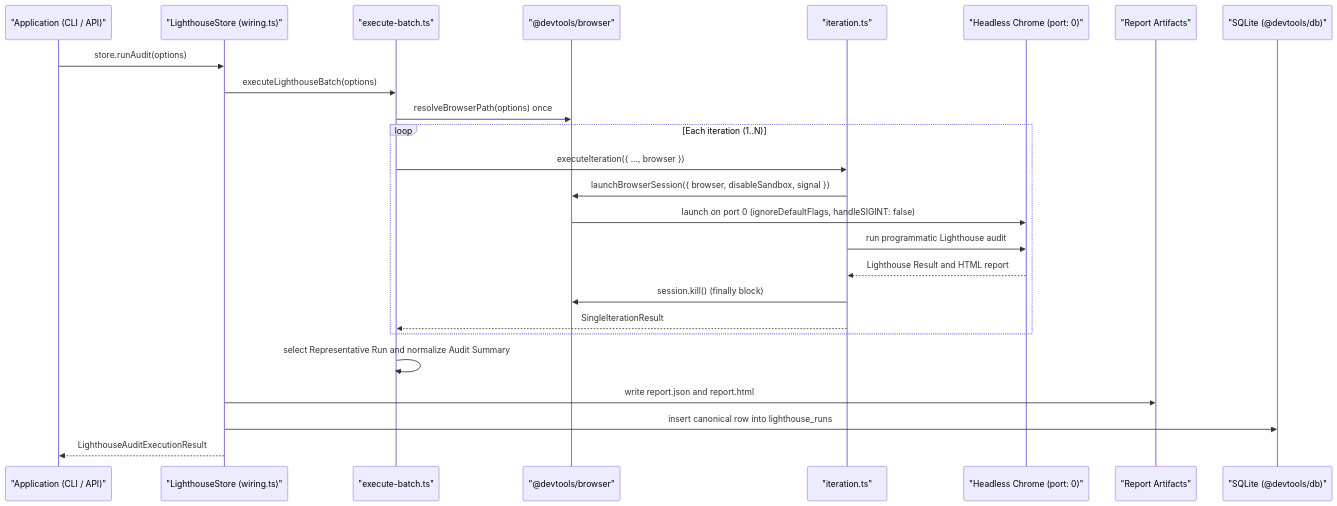
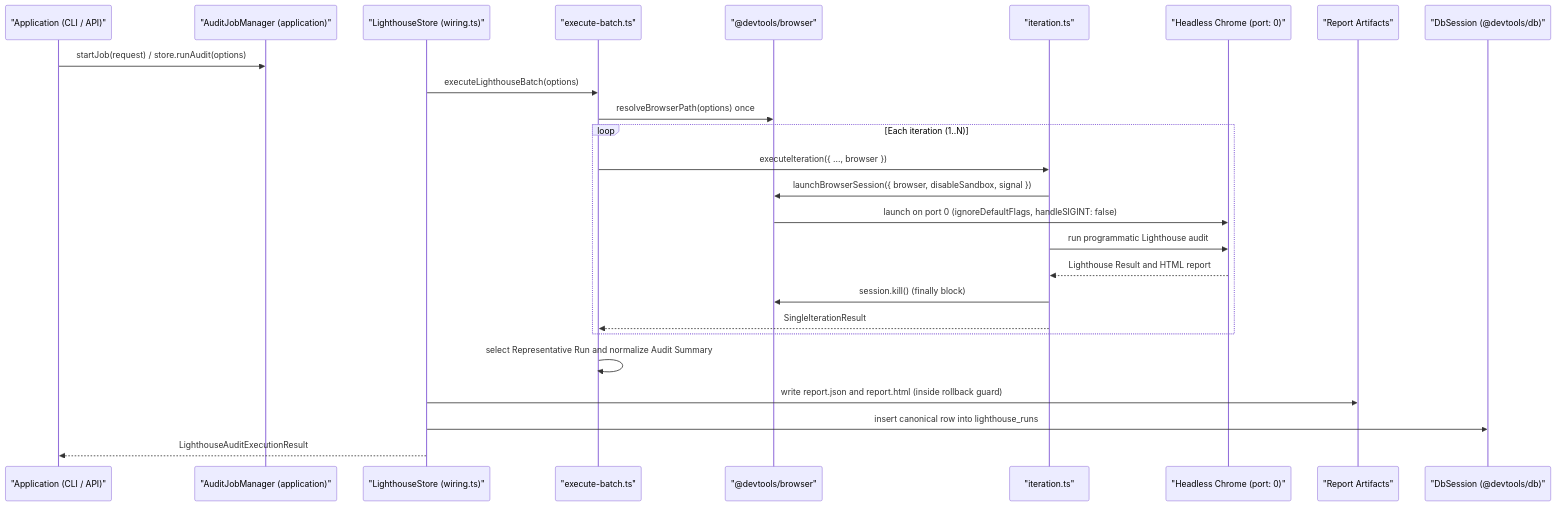
The diagram in docs/architecture/lighthouse.md (ahmedhanye/devtools), drawn with Mermaid before and after one commit. The commit also changed other lines of this file and 5 other files, not shown here.

Commit message:
docs(architecture): sync architecture guides with layer 2 lifecycle

````diff
--- a/docs/architecture/lighthouse.md
+++ b/docs/architecture/lighthouse.md
@@ -18,28 +18,29 @@
 ```mermaid
 sequenceDiagram
     participant App as "Application (CLI / API)"
+    participant JobMgr as "AuditJobManager (application)"
     participant Store as "LighthouseStore (wiring.ts)"
     participant Batch as "execute-batch.ts"
     participant Browser as "@devtools/browser"
     participant Iter as "iteration.ts"
     participant Chrome as "Headless Chrome (port: 0)"
     participant Disk as "Report Artifacts"
-    participant DB as "SQLite (@devtools/db)"
+    participant DB as "DbSession (@devtools/db)"
 
-    App->>Store: store.runAudit(options)
+    App->>JobMgr: startJob(request) / store.runAudit(options)
     Store->>Batch: executeLighthouseBatch(options)
     Batch->>Browser: resolveBrowserPath(options) once
     loop Each iteration (1..N)
         Batch->>Iter: executeIteration({ ..., browser })
         Iter->>Browser: launchBrowserSession({ browser, disableSandbox, signal })
         Browser->>Chrome: launch on port 0 (ignoreDefaultFlags, handleSIGINT: false)
         Iter->>Chrome: run programmatic Lighthouse audit
         Chrome-->>Iter: Lighthouse Result and HTML report
         Iter->>Browser: session.kill() (finally block)
         Iter-->>Batch: SingleIterationResult
     end
     Batch->>Batch: select Representative Run and normalize Audit Summary
-    Store->>Disk: write report.json and report.html
+    Store->>Disk: write report.json and report.html (inside rollback guard)
     Store->>DB: insert canonical row into lighthouse_runs
     Store-->>App: LighthouseAuditExecutionResult
 ```
````
